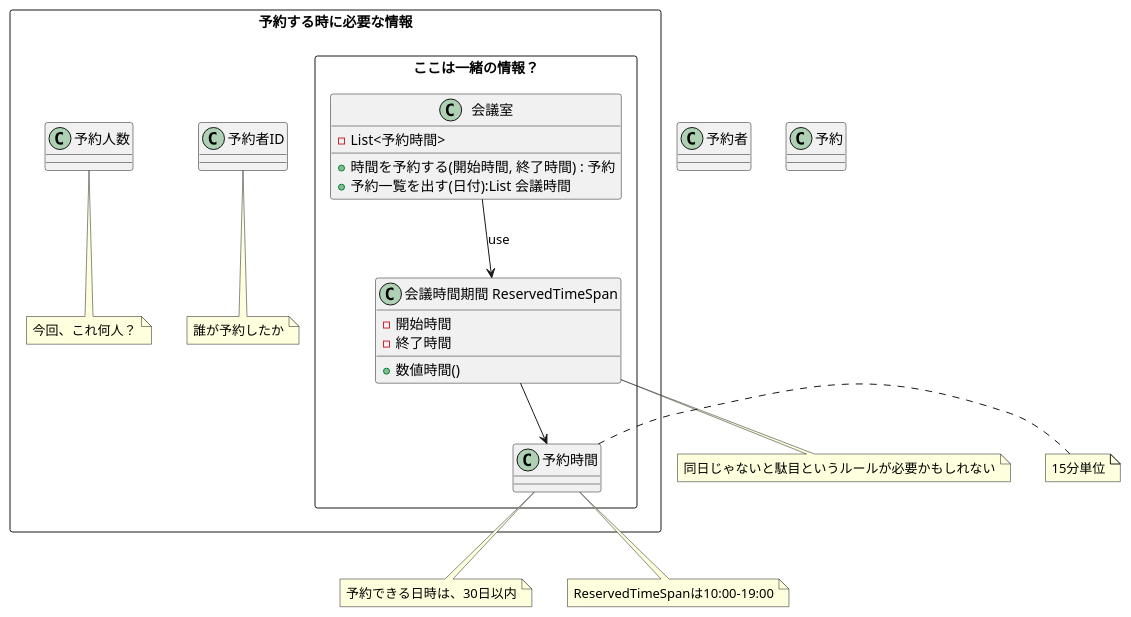
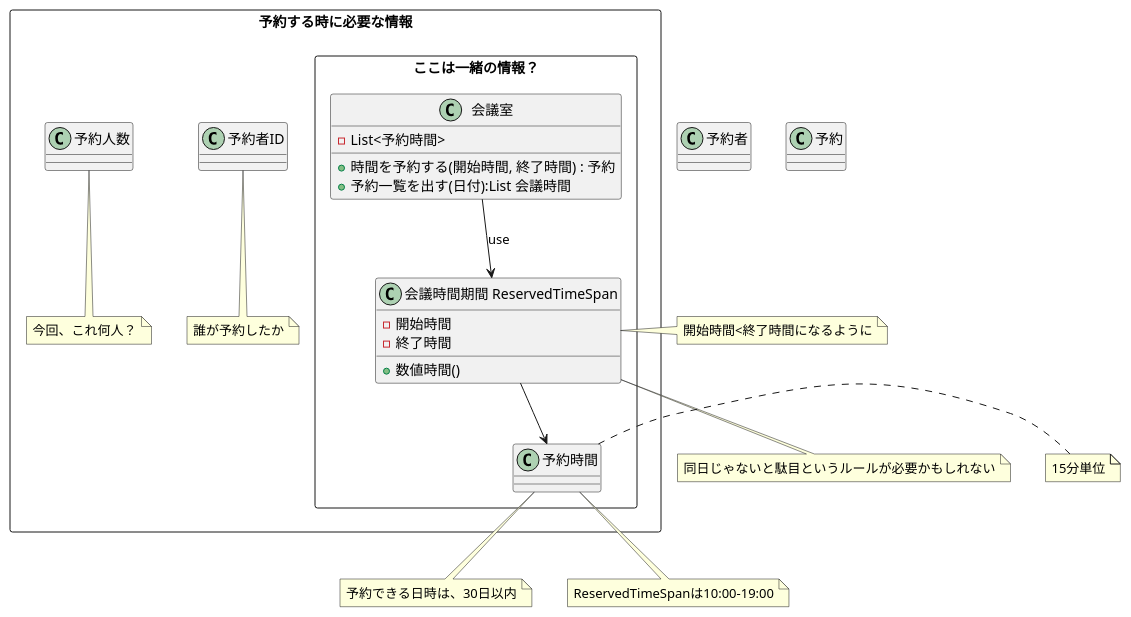
One commit to jnuank/meeting-room changed the diagram in diagram/domainmodel.pu. Above: the diagram before and after it, drawn with PlantUML. The commit also changed 4 other files, not shown here.

```diff
--- a/diagram/domainmodel.pu
+++ b/diagram/domainmodel.pu
@@ -1,50 +1,53 @@
 @startuml
 
 class 予約者
 class 予約
 
 rectangle 予約する時に必要な情報 {
     class 予約者ID
     rectangle ここは一緒の情報？ {
         class "会議室" as MeetingRooms
         {
             - List<予約時間>
             + 時間を予約する(開始時間, 終了時間) : 予約
             + 予約一覧を出す(日付):List 会議時間
         }
         class "会議時間期間 ReservedTimeSpan" as ReservedTimeSpan {
             - 開始時間
             - 終了時間
             + 数値時間() 
         }
         class "予約時間" as ReservedTime {
 
         }
     }
     ReservedTimeSpan --> ReservedTime
     MeetingRooms --> ReservedTimeSpan : use
     class 予約人数
     class 予約者ID
     note bottom of 予約者ID
     誰が予約したか
     end note 
     note bottom of 予約人数
     今回、これ何人？
     end note
 }
 
 note right of ReservedTime
 15分単位
 end note
 note bottom of ReservedTime
 予約できる日時は、30日以内
 end note
 note bottom of ReservedTime
 ReservedTimeSpanは10:00-19:00
 end note
 
+note right of ReservedTimeSpan
+開始時間<終了時間になるように
+end note
 note bottom of ReservedTimeSpan
 同日じゃないと駄目というルールが必要かもしれない
 end note
 
 @enduml
```
